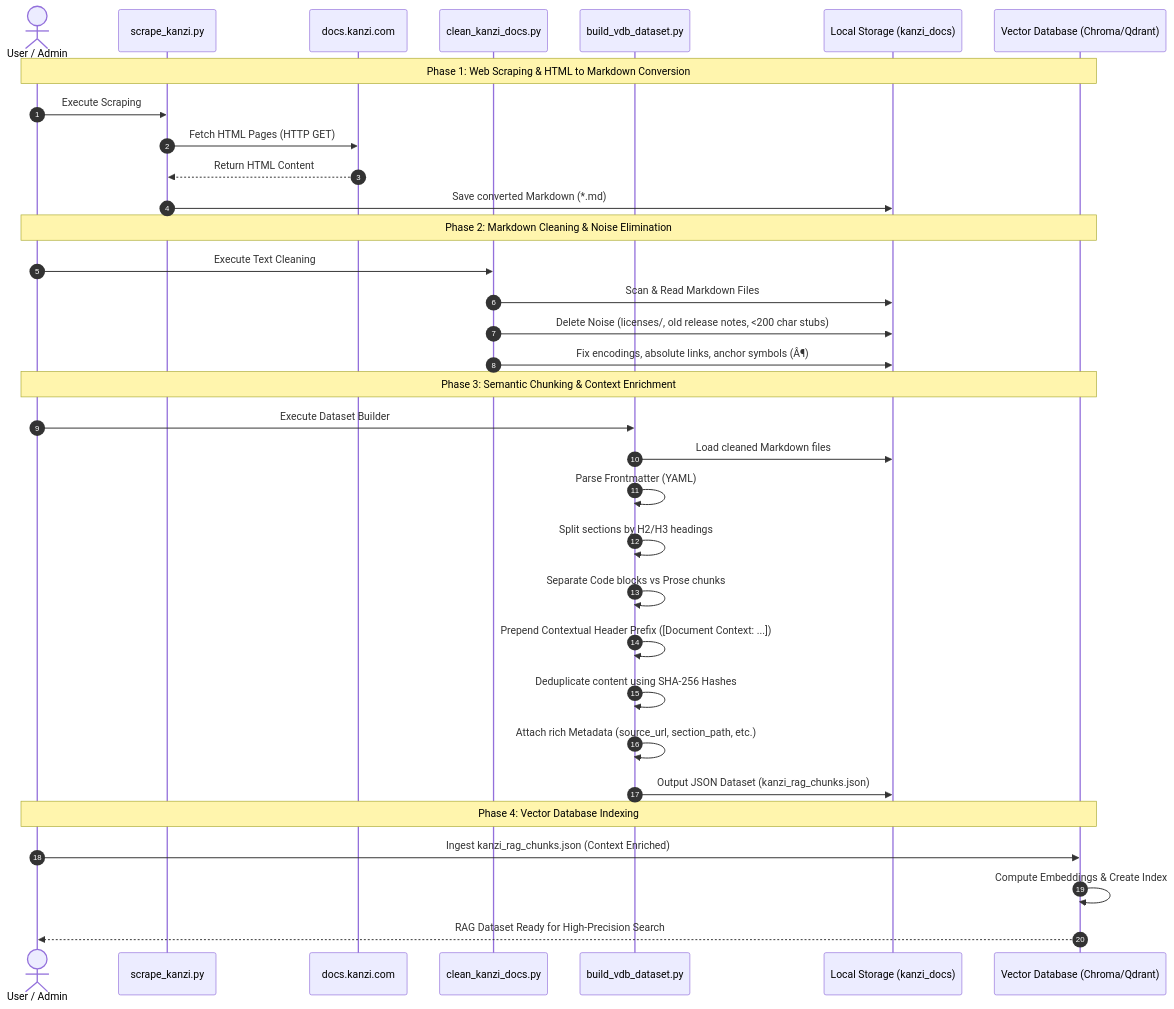
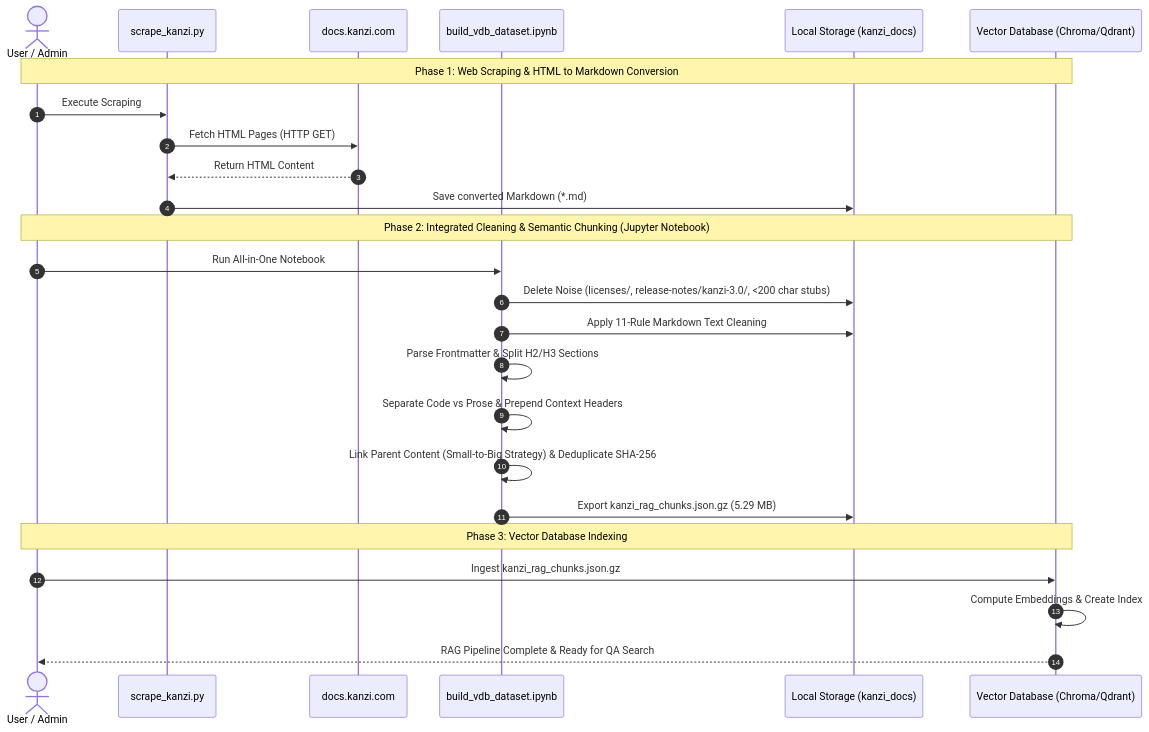
The diagram in knowledge_base/RAG_OPTIMIZATION_PROCESS.md (boycececil666gmailcom/Enterprise-RAG-Engine), drawn with Mermaid before and after one commit. The commit also changed other lines of this file and 6 other files, not shown here.

Commit message:
feat: optimize RAG pipeline with compressed dataset and unified notebook

````diff
--- a/knowledge_base/RAG_OPTIMIZATION_PROCESS.md
+++ b/knowledge_base/RAG_OPTIMIZATION_PROCESS.md
@@ -44,39 +45,30 @@
 ```mermaid
 sequenceDiagram
     autonumber
     actor User as User / Admin
     participant Scraper as scrape_kanzi.py
     participant Web as docs.kanzi.com
-    participant Cleaner as clean_kanzi_docs.py
-    participant Builder as build_vdb_dataset.py
+    participant Notebook as build_vdb_dataset.ipynb
     participant Storage as Local Storage (kanzi_docs)
     participant VectorDB as Vector Database (Chroma/Qdrant)
 
     Note over User, VectorDB: Phase 1: Web Scraping & HTML to Markdown Conversion
     User->>Scraper: Execute Scraping
     Scraper->>Web: Fetch HTML Pages (HTTP GET)
     Web-->>Scraper: Return HTML Content
     Scraper->>Storage: Save converted Markdown (*.md)
 
-    Note over User, VectorDB: Phase 2: Markdown Cleaning & Noise Elimination
-    User->>Cleaner: Execute Text Cleaning
-    Cleaner->>Storage: Scan & Read Markdown Files
-    Cleaner->>Storage: Delete Noise (licenses/, old release notes, <200 char stubs)
-    Cleaner->>Storage: Fix encodings, absolute links, anchor symbols (Â¶)
+    Note over User, VectorDB: Phase 2: Integrated Cleaning & Semantic Chunking (Jupyter Notebook)
+    User->>Notebook: Run All-in-One Notebook
+    Notebook->>Storage: Delete Noise (licenses/, release-notes/kanzi-3.0/, <200 char stubs)
+    Notebook->>Storage: Apply 11-Rule Markdown Text Cleaning
+    Notebook->>Notebook: Parse Frontmatter & Split H2/H3 Sections
+    Notebook->>Notebook: Separate Code vs Prose & Prepend Context Headers
+    Notebook->>Notebook: Link Parent Content (Small-to-Big Strategy) & Deduplicate SHA-256
+    Notebook->>Storage: Export kanzi_rag_chunks.json.gz (5.29 MB)
 
-    Note over User, VectorDB: Phase 3: Semantic Chunking & Context Enrichment
-    User->>Builder: Execute Dataset Builder
-    Builder->>Storage: Load cleaned Markdown files
-    Builder->>Builder: Parse Frontmatter (YAML)
-    Builder->>Builder: Split sections by H2/H3 headings
-    Builder->>Builder: Separate Code blocks vs Prose chunks
-    Builder->>Builder: Prepend Contextual Header Prefix ([Document Context: ...])
-    Builder->>Builder: Deduplicate content using SHA-256 Hashes
-    Builder->>Builder: Attach rich Metadata (source_url, section_path, etc.)
-    Builder->>Storage: Output JSON Dataset (kanzi_rag_chunks.json)
-
-    Note over User, VectorDB: Phase 4: Vector Database Indexing
-    User->>VectorDB: Ingest kanzi_rag_chunks.json (Context Enriched)
+    Note over User, VectorDB: Phase 3: Vector Database Indexing
+    User->>VectorDB: Ingest kanzi_rag_chunks.json.gz
     VectorDB->>VectorDB: Compute Embeddings & Create Index
-    VectorDB-->>User: RAG Dataset Ready for High-Precision Search
+    VectorDB-->>User: RAG Pipeline Complete & Ready for QA Search
 ```
````
